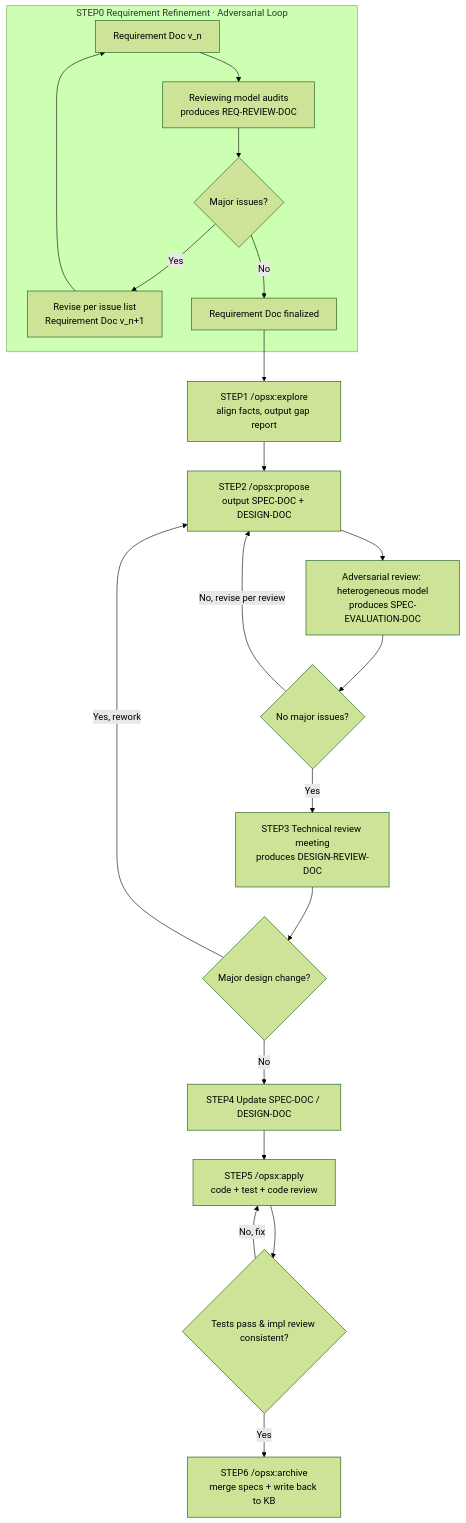
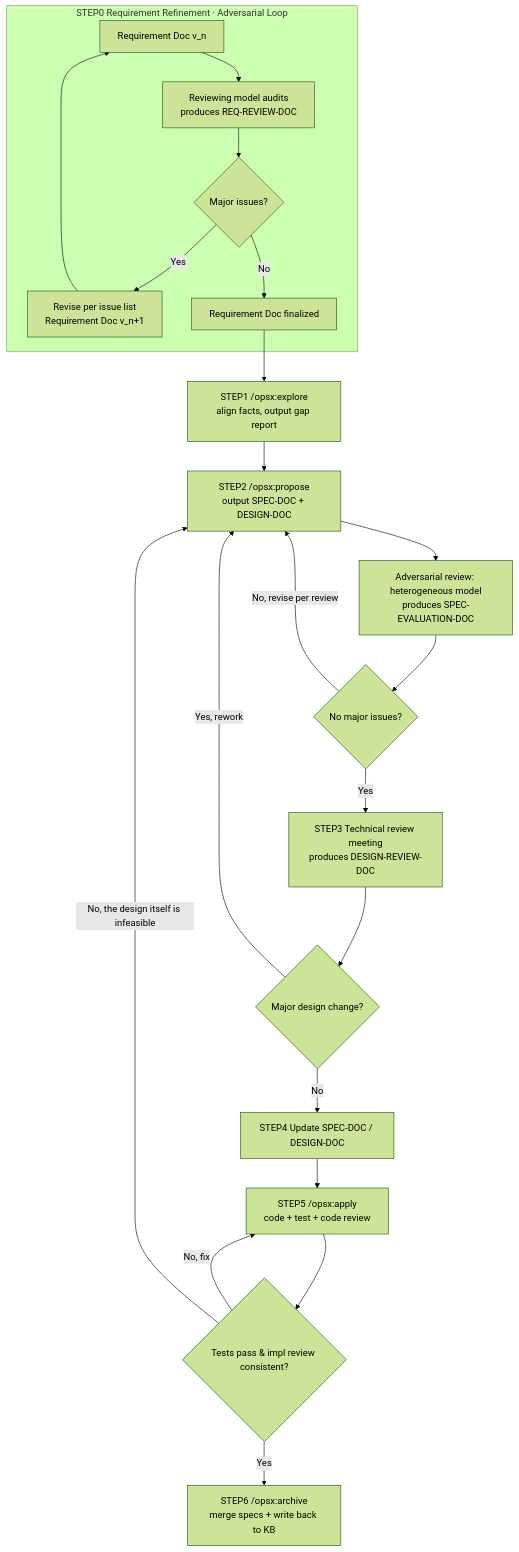
One commit to Apriorhythm/apriori-spec-development changed the first of 2 diagrams in README.md. Above: the diagram before and after it, drawn with Mermaid (forest theme). The commit also changed other lines of this file and 1 other file, not shown here.

````diff
--- a/README.md
+++ b/README.md
@@ -295,26 +314,27 @@
 ```mermaid
 graph TD
     subgraph S0[STEP0 Requirement Refinement · Adversarial Loop]
         A1[Requirement Doc v_n] --> A2[Reviewing model audits<br/>produces REQ-REVIEW-DOC]
         A2 --> A3{Major issues?}
         A3 -- Yes --> A4[Revise per issue list<br/>Requirement Doc v_n+1]
         A4 --> A1
         A3 -- No --> A5[Requirement Doc finalized]
     end
 
     A5 --> B[STEP1 /opsx:explore<br/>align facts, output gap report]
     B --> C[STEP2 /opsx:propose<br/>output SPEC-DOC + DESIGN-DOC]
 
     C --> D[Adversarial review: heterogeneous model<br/>produces SPEC-EVALUATION-DOC]
     D --> D2{No major issues?}
     D2 -- No, revise per review --> C
 
     D2 -- Yes --> E[STEP3 Technical review meeting<br/>produces DESIGN-REVIEW-DOC]
     E --> F{Major design change?}
     F -- Yes, rework --> C
     F -- No --> G[STEP4 Update SPEC-DOC / DESIGN-DOC]
     G --> H[STEP5 /opsx:apply<br/>code + test + code review]
     H --> H2{Tests pass & impl review consistent?}
     H2 -- No, fix --> H
+    H2 -- No, the design itself is infeasible --> C
     H2 -- Yes --> I[STEP6 /opsx:archive<br/>merge specs + write back to KB]
 ```
````
